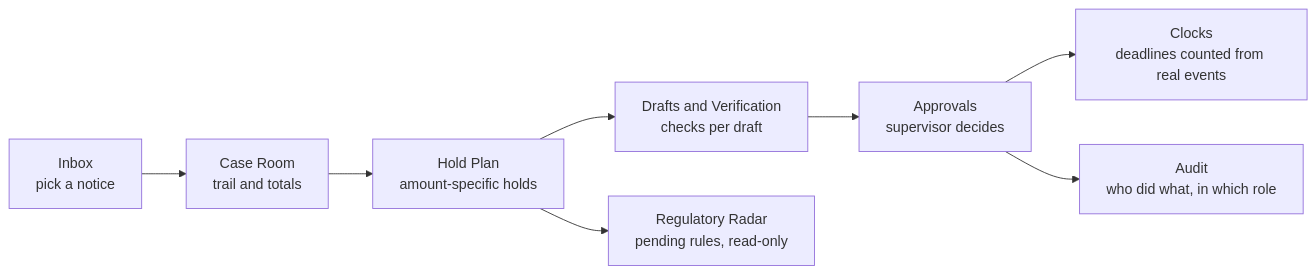
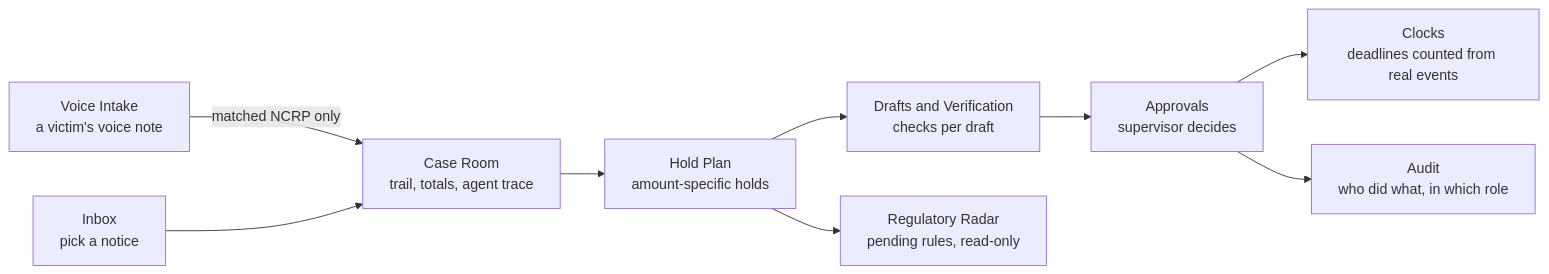
The first of 3 diagrams in docs/user-guide.md (GODOSTROYER/wapsi), drawn with Mermaid before and after one commit. The commit also changed other lines of this file and 18 other files, not shown here.

Commit message:
WIP: docs for voice intake, agent trace, Firestore seal, AIBC pitch refresh (paused; not yet verified)

````diff
--- a/docs/user-guide.md
+++ b/docs/user-guide.md
@@ -61,10 +64,11 @@
 ```mermaid
 flowchart LR
-    A["Inbox<br/>pick a notice"] --> B["Case Room<br/>trail and totals"]
+    V["Voice Intake<br/>a victim's voice note"] -->|"matched NCRP only"| B
+    A["Inbox<br/>pick a notice"] --> B["Case Room<br/>trail, totals, agent trace"]
     B --> C["Hold Plan<br/>amount-specific holds"]
     C --> D["Drafts and Verification<br/>checks per draft"]
     D --> E["Approvals<br/>supervisor decides"]
     E --> F["Clocks<br/>deadlines counted from real events"]
     E --> G["Audit<br/>who did what, in which role"]
     C --> R["Regulatory Radar<br/>pending rules, read-only"]
 ```
````
